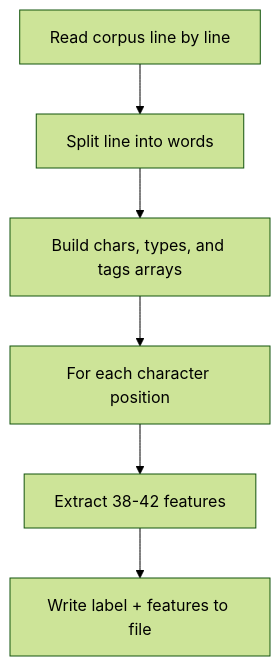
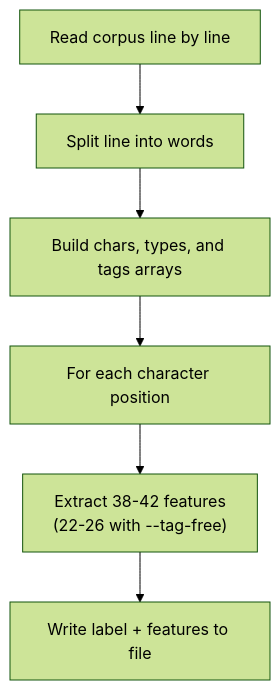
Before and after one commit to mosuka/litsea: the diagram in docs/ja/src/training-guide/extracting-features.md, drawn with Mermaid (forest theme). The commit also changed other lines of this file and 85 other files, not shown here.

````diff
--- a/docs/ja/src/training-guide/extracting-features.md
+++ b/docs/ja/src/training-guide/extracting-features.md
@@ -25,8 +25,8 @@
 ```mermaid
 flowchart TD
     A["Read corpus line by line"] --> B["Split line into words"]
     B --> C["Build chars, types, and tags arrays"]
     C --> D["For each character position"]
-    D --> E["Extract 38-42 features"]
+    D --> E["Extract 38-42 features<br/>(22-26 with --tag-free)"]
     E --> F["Write label + features to file"]
 ```
````
